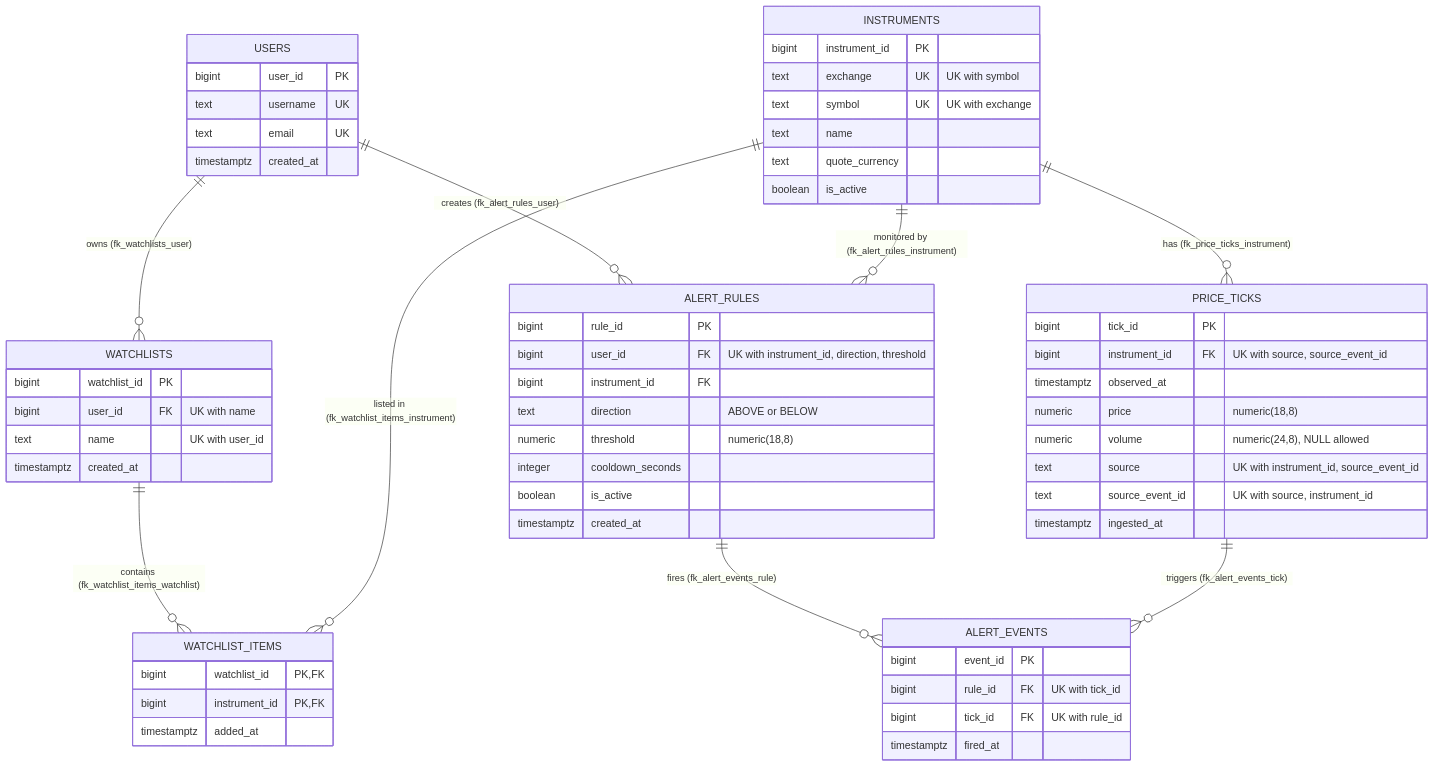
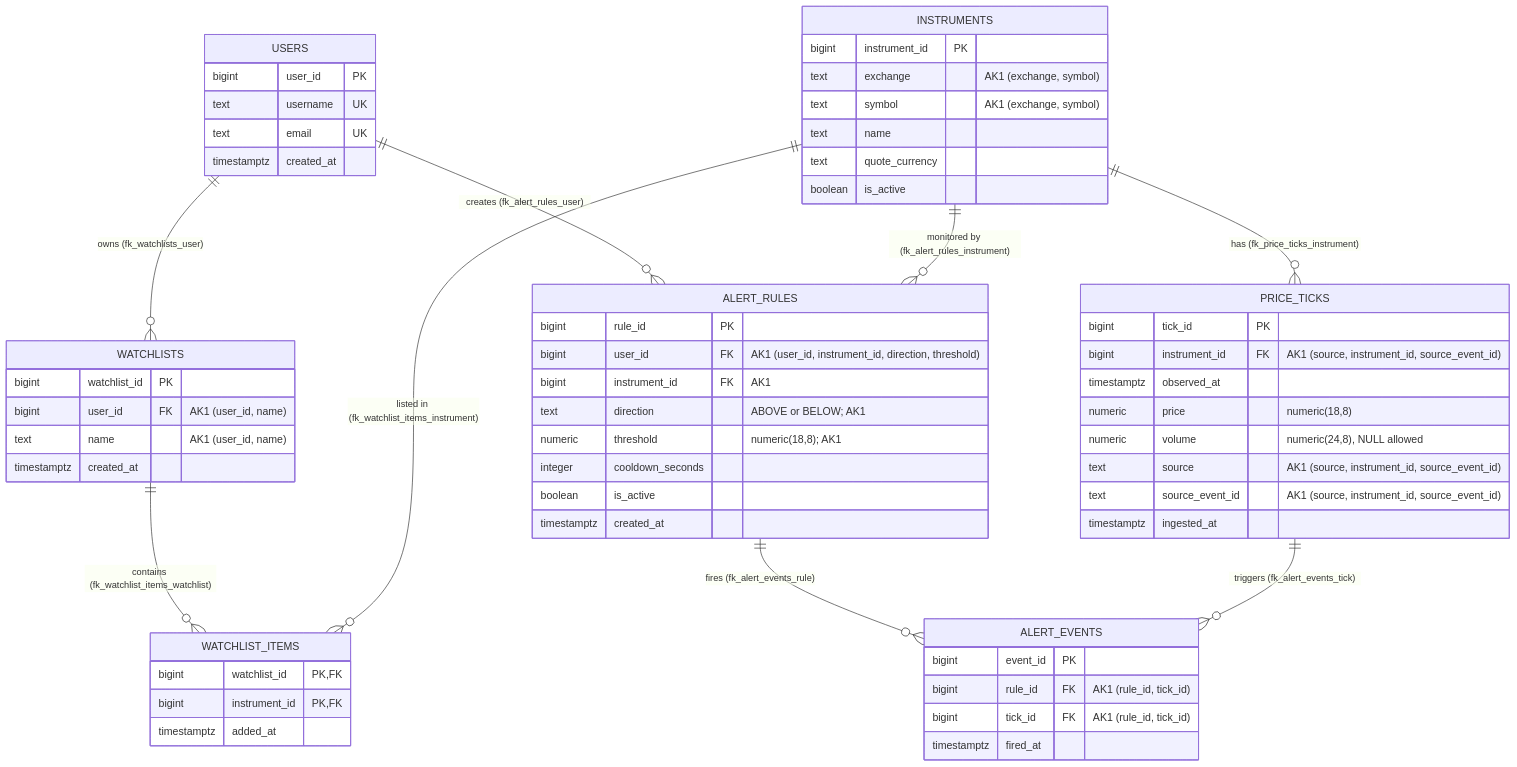
The diagram in docs/ER_DIAGRAM.md (aditibajpaii/stock-watchlist), drawn with Mermaid before and after one commit. The commit also changed other lines of this file and 94 other files, not shown here.

````diff
--- a/docs/ER_DIAGRAM.md
+++ b/docs/ER_DIAGRAM.md
@@ -10,63 +17,63 @@
 ```mermaid
 erDiagram
     USERS ||--o{ WATCHLISTS : "owns (fk_watchlists_user)"
     USERS ||--o{ ALERT_RULES : "creates (fk_alert_rules_user)"
     WATCHLISTS ||--o{ WATCHLIST_ITEMS : "contains (fk_watchlist_items_watchlist)"
     INSTRUMENTS ||--o{ WATCHLIST_ITEMS : "listed in (fk_watchlist_items_instrument)"
     INSTRUMENTS ||--o{ PRICE_TICKS : "has (fk_price_ticks_instrument)"
     INSTRUMENTS ||--o{ ALERT_RULES : "monitored by (fk_alert_rules_instrument)"
     ALERT_RULES ||--o{ ALERT_EVENTS : "fires (fk_alert_events_rule)"
     PRICE_TICKS ||--o{ ALERT_EVENTS : "triggers (fk_alert_events_tick)"
 
     USERS {
         bigint user_id PK
         text username UK
         text email UK
         timestamptz created_at
     }
     INSTRUMENTS {
         bigint instrument_id PK
-        text exchange UK "UK with symbol"
-        text symbol UK "UK with exchange"
+        text exchange "AK1 (exchange, symbol)"
+        text symbol "AK1 (exchange, symbol)"
         text name
         text quote_currency
         boolean is_active
     }
     WATCHLISTS {
         bigint watchlist_id PK
-        bigint user_id FK "UK with name"
-        text name "UK with user_id"
+        bigint user_id FK "AK1 (user_id, name)"
+        text name "AK1 (user_id, name)"
         timestamptz created_at
     }
     WATCHLIST_ITEMS {
         bigint watchlist_id PK,FK
         bigint instrument_id PK,FK
         timestamptz added_at
     }
     PRICE_TICKS {
         bigint tick_id PK
-        bigint instrument_id FK "UK with source, source_event_id"
+        bigint instrument_id FK "AK1 (source, instrument_id, source_event_id)"
         timestamptz observed_at
         numeric price "numeric(18,8)"
         numeric volume "numeric(24,8), NULL allowed"
-        text source "UK with instrument_id, source_event_id"
-        text source_event_id "UK with source, instrument_id"
+        text source "AK1 (source, instrument_id, source_event_id)"
+        text source_event_id "AK1 (source, instrument_id, source_event_id)"
         timestamptz ingested_at
     }
     ALERT_RULES {
         bigint rule_id PK
-        bigint user_id FK "UK with instrument_id, direction, threshold"
-        bigint instrument_id FK
-        text direction "ABOVE or BELOW"
-        numeric threshold "numeric(18,8)"
+        bigint user_id FK "AK1 (user_id, instrument_id, direction, threshold)"
+        bigint instrument_id FK "AK1"
+        text direction "ABOVE or BELOW; AK1"
+        numeric threshold "numeric(18,8); AK1"
         integer cooldown_seconds
         boolean is_active
         timestamptz created_at
     }
     ALERT_EVENTS {
         bigint event_id PK
-        bigint rule_id FK "UK with tick_id"
-        bigint tick_id FK "UK with rule_id"
+        bigint rule_id FK "AK1 (rule_id, tick_id)"
+        bigint tick_id FK "AK1 (rule_id, tick_id)"
         timestamptz fired_at
     }
 ```
````
